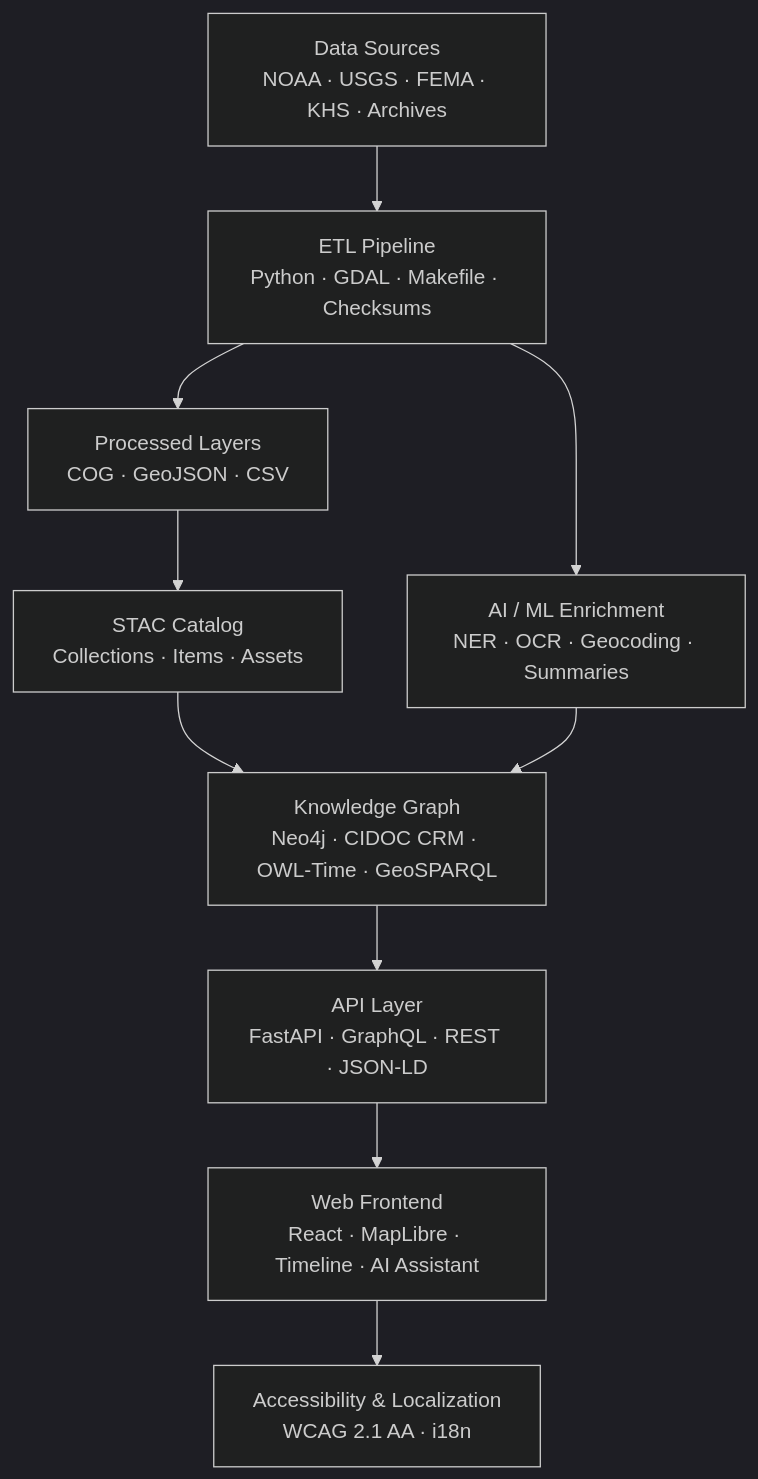
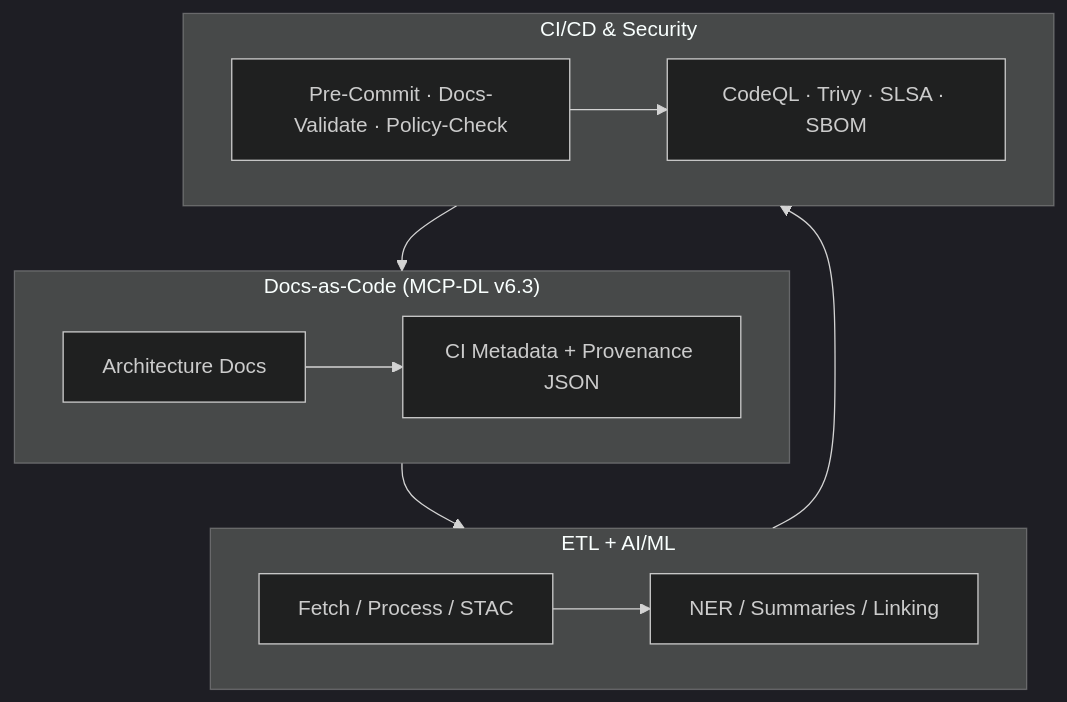
Before and after one commit to bartytime4life/Kansas-Frontier-Matrix: the first of 3 diagrams in docs/architecture/README.md, drawn with Mermaid (dark theme). The commit also changed other lines of this file, not shown here.

````diff
--- a/docs/architecture/README.md
+++ b/docs/architecture/README.md
@@ -90,12 +92,15 @@
 ```mermaid
 flowchart TD
-  A["Data Sources<br/>NOAA · USGS · FEMA · KHS · Archives"] --> B["ETL Pipeline<br/>Python · GDAL · Makefile · Checksums"]
-  B --> C["Processed Layers<br/>COG · GeoJSON · CSV"]
-  B --> I["AI / ML Enrichment<br/>NER · OCR · Geocoding · Summaries"]
-  C --> D["STAC Catalog<br/>Collections · Items · Assets"]
-  D --> H["Knowledge Graph<br/>Neo4j · CIDOC CRM · OWL-Time · GeoSPARQL"]
-  I --> H
-  H --> J["API Layer<br/>FastAPI · GraphQL · REST · JSON-LD"]
-  J --> F["Web Frontend<br/>React · MapLibre · Timeline · AI Assistant"]
-  F --> G["Accessibility & Localization<br/>WCAG 2.1 AA · i18n"]
+  subgraph Docs["Docs-as-Code (MCP-DL v6.3)"]
+    D1["Architecture Docs"] --> D2["CI Metadata + Provenance JSON"]
+  end
+  subgraph Pipelines["ETL + AI/ML"]
+    P1["Fetch / Process / STAC"] --> P2["NER / Summaries / Linking"]
+  end
+  subgraph Infra["CI/CD & Security"]
+    C1["Pre-Commit · Docs-Validate · Policy-Check"] --> C2["CodeQL · Trivy · SLSA · SBOM"]
+  end
+  Docs --> Pipelines
+  Pipelines --> Infra
+  Infra --> Docs
 ```
````
